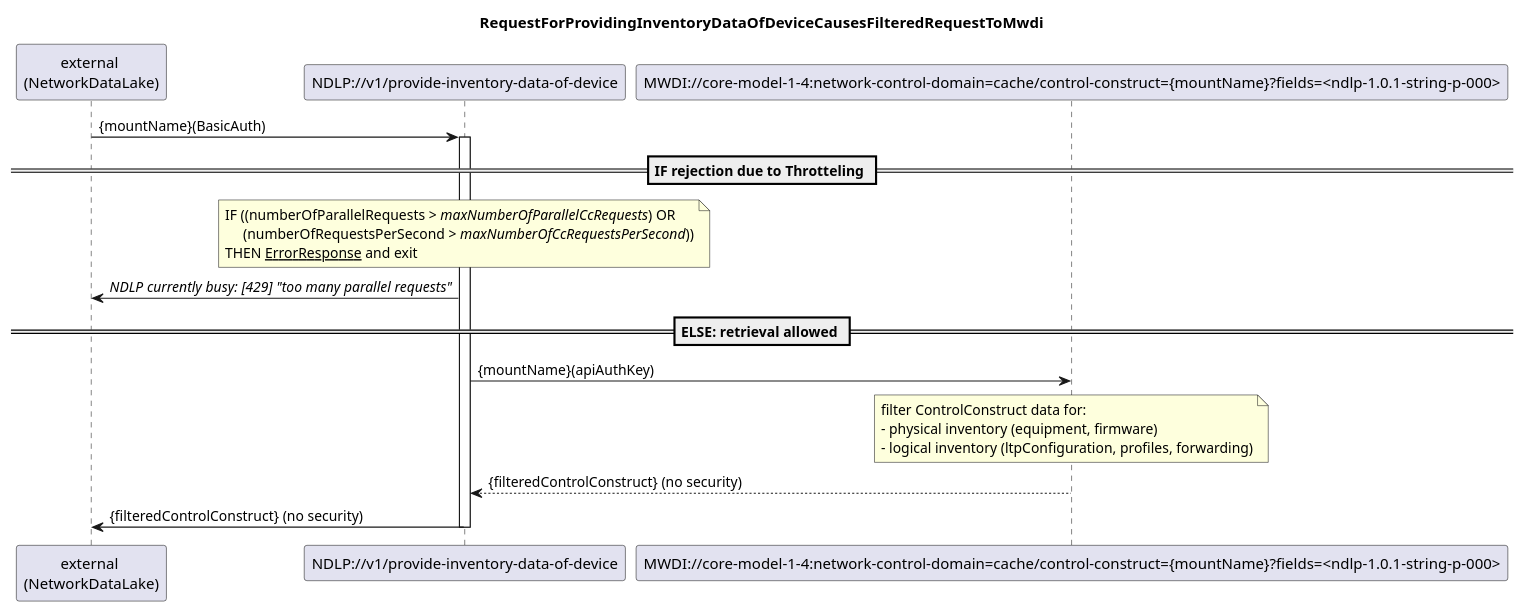
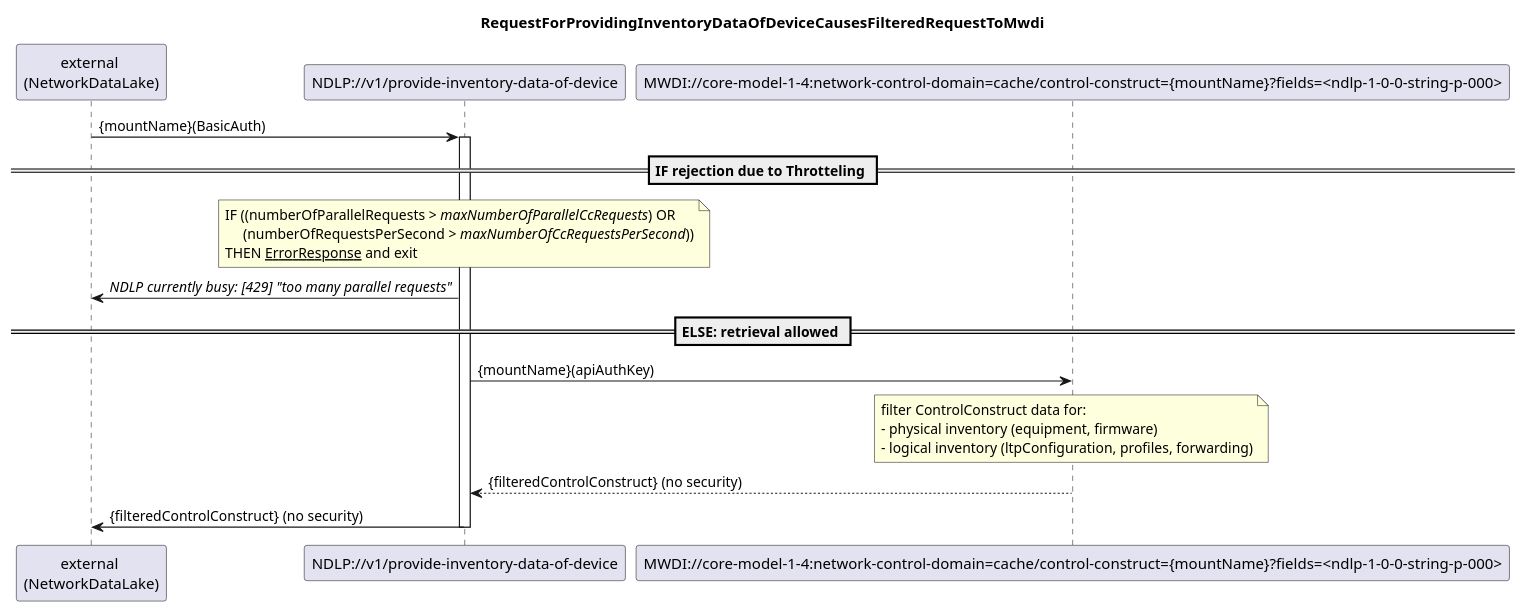
One commit to openBackhaul/NetworkDataLakeProxy changed the diagram in spec/diagrams/011_ProvideInventoryDataOfDevice.plantuml. Above: the diagram before and after it, drawn with PlantUML.

Commit message:
modified:   spec/diagrams/011_ProvideInventoryDataOfDevice.plantuml

```diff
--- a/spec/diagrams/011_ProvideInventoryDataOfDevice.plantuml
+++ b/spec/diagrams/011_ProvideInventoryDataOfDevice.plantuml
@@ -1,34 +1,34 @@
 @startuml 011_ProvideInventoryDataOfDevice
 skinparam responseMessageBelowArrow true
 
 title RequestForProvidingInventoryDataOfDeviceCausesFilteredRequestToMwdi
 
 participant "external \n(NetworkDataLake)" as external
 participant "NDLP://v1/provide-inventory-data-of-device" as ndlp
-participant "MWDI://core-model-1-4:network-control-domain=cache/control-construct={mountName}?fields=<ndlp-1.0.1-string-p-000>" as mwdi
+participant "MWDI://core-model-1-4:network-control-domain=cache/control-construct={mountName}?fields=<ndlp-1-0-0-string-p-000>" as mwdi
 
 external -> ndlp: {mountName}(BasicAuth)
 activate ndlp
 
 == IF rejection due to Throtteling ==
 note over ndlp
   IF ((numberOfParallelRequests > <i>maxNumberOfParallelCcRequests</i>) OR
        (numberOfRequestsPerSecond > <i>maxNumberOfCcRequestsPerSecond</i>))
   THEN <u>ErrorResponse</u> and exit
 end note
 ndlp -> external: <i>NDLP currently busy: [429] "too many parallel requests"</i>
 
 
 == ELSE: retrieval allowed ==
 ndlp -> mwdi: {mountName}(apiAuthKey)
 note over mwdi
   filter ControlConstruct data for:
   - physical inventory (equipment, firmware)
   - logical inventory (ltpConfiguration, profiles, forwarding)
 end note
 mwdi --> ndlp: {filteredControlConstruct} (no security)
 
 ndlp -> external: {filteredControlConstruct} (no security)
 
 deactivate ndlp
 @enduml
```
